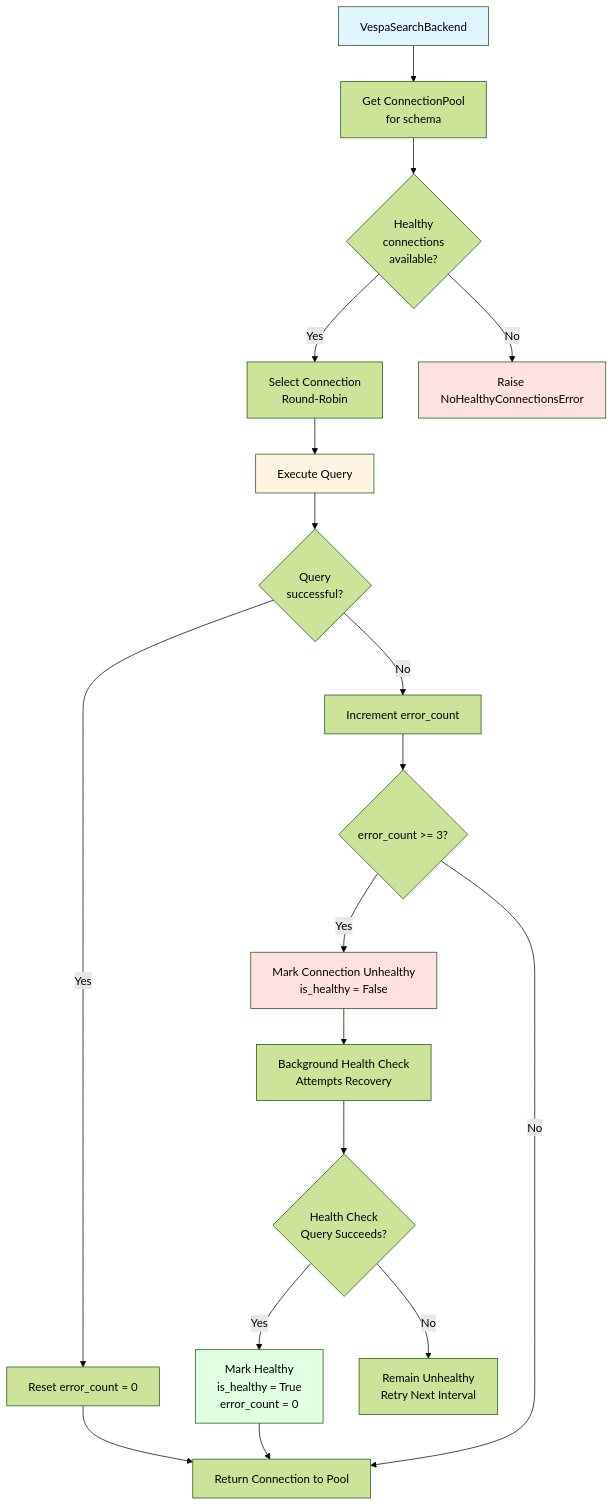
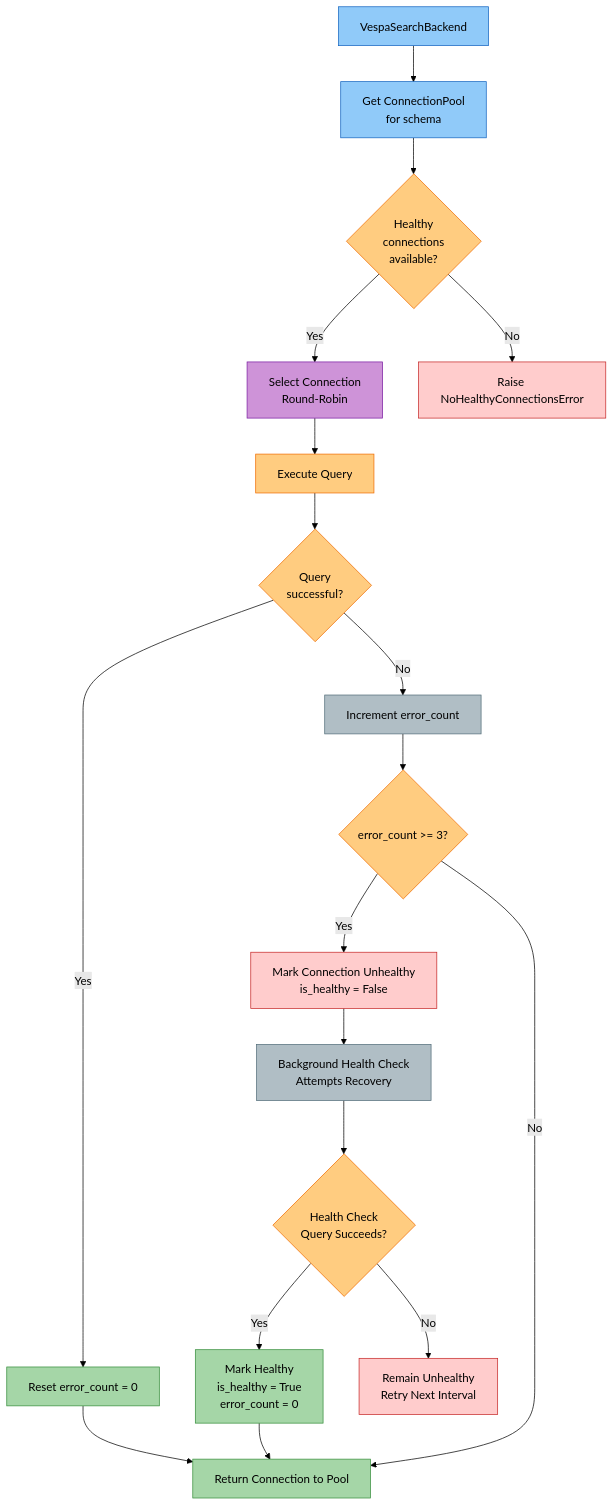
Before and after one commit to amit-jain/cogniverse: the seventh of 9 diagrams in docs/modules/backends.md, drawn with Mermaid (forest theme). The commit also changed other lines of this file and 83 other files, not shown here.

First line of the commit message:
Fix documentation veracity, formatting, and diagrams across all modules

````diff
--- a/docs/modules/backends.md
+++ b/docs/modules/backends.md
@@ -815,37 +904,48 @@
 ```mermaid
 flowchart TB
-    Backend[VespaSearchBackend] --> GetPool[Get ConnectionPool<br/>for schema]
+    Backend["<span style='color:#000'>VespaSearchBackend</span>"] --> GetPool["<span style='color:#000'>Get ConnectionPool<br/>for schema</span>"]
 
-    GetPool --> CheckHealthy{Healthy<br/>connections<br/>available?}
+    GetPool --> CheckHealthy{"<span style='color:#000'>Healthy<br/>connections<br/>available?</span>"}
 
-    CheckHealthy -->|Yes| SelectConn[Select Connection<br/>Round-Robin]
-    CheckHealthy -->|No| Error[Raise NoHealthyConnectionsError]
+    CheckHealthy -->|Yes| SelectConn["<span style='color:#000'>Select Connection<br/>Round-Robin</span>"]
+    CheckHealthy -->|No| Error["<span style='color:#000'>Raise NoHealthyConnectionsError</span>"]
 
-    SelectConn --> ExecuteQuery[Execute Query]
+    SelectConn --> ExecuteQuery["<span style='color:#000'>Execute Query</span>"]
 
-    ExecuteQuery --> QuerySuccess{Query<br/>successful?}
+    ExecuteQuery --> QuerySuccess{"<span style='color:#000'>Query<br/>successful?</span>"}
 
-    QuerySuccess -->|Yes| ResetErrors[Reset error_count = 0]
-    QuerySuccess -->|No| IncrementErrors[Increment error_count]
+    QuerySuccess -->|Yes| ResetErrors["<span style='color:#000'>Reset error_count = 0</span>"]
+    QuerySuccess -->|No| IncrementErrors["<span style='color:#000'>Increment error_count</span>"]
 
-    IncrementErrors --> CheckThreshold{error_count >= 3?}
+    IncrementErrors --> CheckThreshold{"<span style='color:#000'>error_count >= 3?</span>"}
 
-    CheckThreshold -->|Yes| MarkUnhealthy[Mark Connection Unhealthy<br/>is_healthy = False]
-    CheckThreshold -->|No| ReturnConn[Return Connection to Pool]
+    CheckThreshold -->|Yes| MarkUnhealthy["<span style='color:#000'>Mark Connection Unhealthy<br/>is_healthy = False</span>"]
+    CheckThreshold -->|No| ReturnConn["<span style='color:#000'>Return Connection to Pool</span>"]
 
-    MarkUnhealthy --> TriggerRecovery[Background Health Check<br/>Attempts Recovery]
+    MarkUnhealthy --> TriggerRecovery["<span style='color:#000'>Background Health Check<br/>Attempts Recovery</span>"]
 
-    TriggerRecovery --> HealthCheckLoop{Health Check<br/>Query Succeeds?}
+    TriggerRecovery --> HealthCheckLoop{"<span style='color:#000'>Health Check<br/>Query Succeeds?</span>"}
 
-    HealthCheckLoop -->|Yes| RecoverConn[Mark Healthy<br/>is_healthy = True<br/>error_count = 0]
-    HealthCheckLoop -->|No| StayUnhealthy[Remain Unhealthy<br/>Retry Next Interval]
+    HealthCheckLoop -->|Yes| RecoverConn["<span style='color:#000'>Mark Healthy<br/>is_healthy = True<br/>error_count = 0</span>"]
+    HealthCheckLoop -->|No| StayUnhealthy["<span style='color:#000'>Remain Unhealthy<br/>Retry Next Interval</span>"]
 
     ResetErrors --> ReturnConn
     RecoverConn --> ReturnConn
 
-    style Backend fill:#e1f5ff
-    style ExecuteQuery fill:#fff4e1
-    style MarkUnhealthy fill:#ffe1e1
-    style RecoverConn fill:#e1ffe1
-    style Error fill:#ffe1e1
+    style Backend fill:#90caf9,stroke:#1565c0,color:#000
+    style GetPool fill:#90caf9,stroke:#1565c0,color:#000
+    style CheckHealthy fill:#ffcc80,stroke:#ef6c00,color:#000
+    style SelectConn fill:#ce93d8,stroke:#7b1fa2,color:#000
+    style ExecuteQuery fill:#ffcc80,stroke:#ef6c00,color:#000
+    style QuerySuccess fill:#ffcc80,stroke:#ef6c00,color:#000
+    style ResetErrors fill:#a5d6a7,stroke:#388e3c,color:#000
+    style IncrementErrors fill:#b0bec5,stroke:#546e7a,color:#000
+    style CheckThreshold fill:#ffcc80,stroke:#ef6c00,color:#000
+    style MarkUnhealthy fill:#ffcccc,stroke:#c62828,color:#000
+    style TriggerRecovery fill:#b0bec5,stroke:#546e7a,color:#000
+    style HealthCheckLoop fill:#ffcc80,stroke:#ef6c00,color:#000
+    style RecoverConn fill:#a5d6a7,stroke:#388e3c,color:#000
+    style StayUnhealthy fill:#ffcccc,stroke:#c62828,color:#000
+    style ReturnConn fill:#a5d6a7,stroke:#388e3c,color:#000
+    style Error fill:#ffcccc,stroke:#c62828,color:#000
 ```
````
